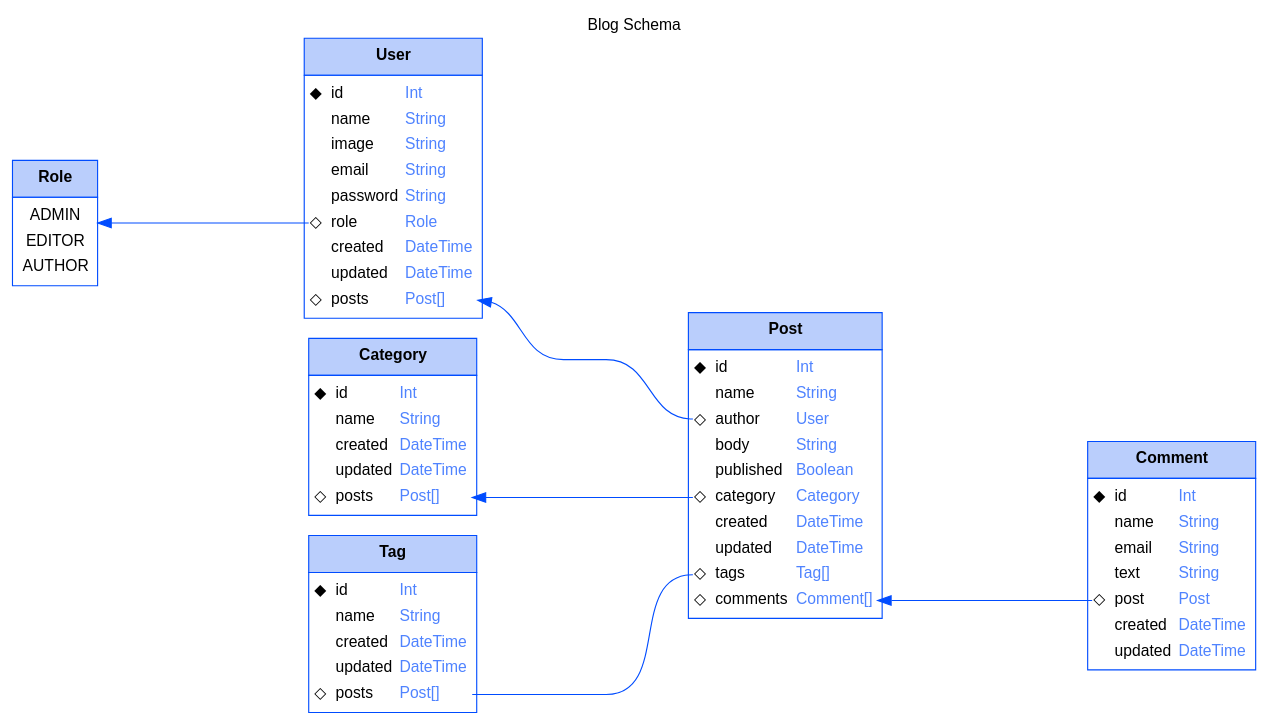
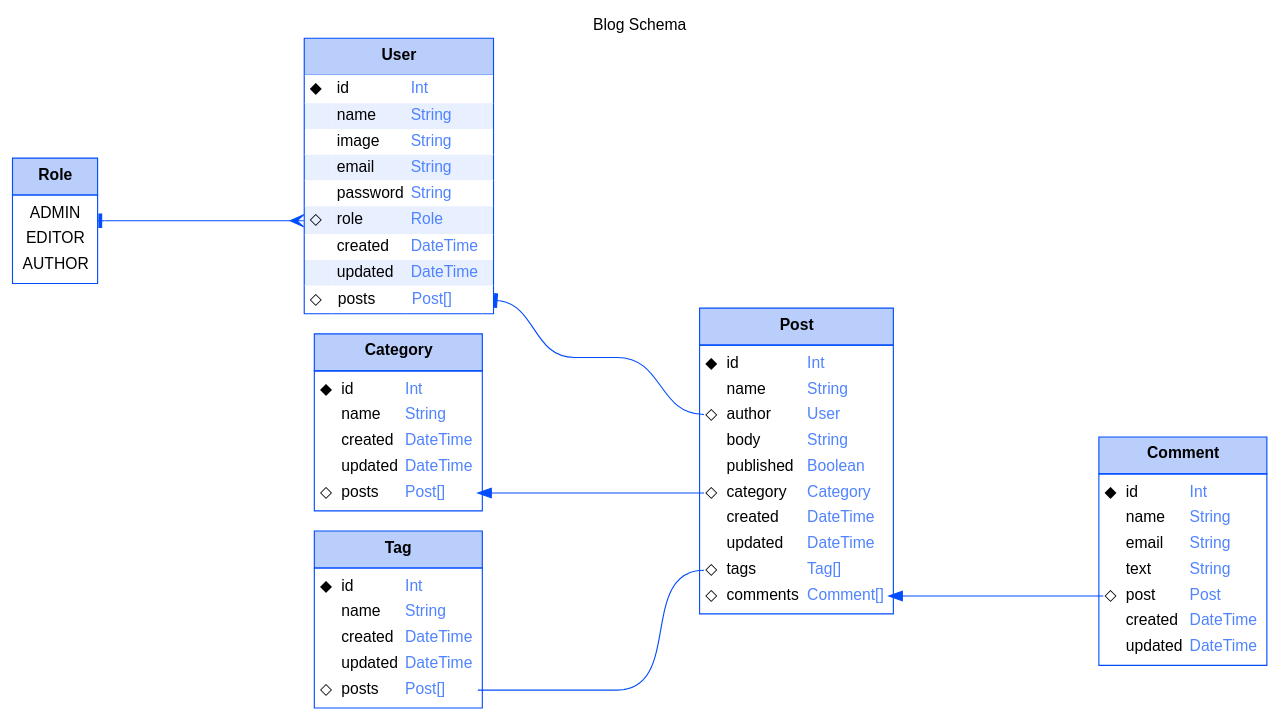
The diagram in dot/blog.dot (aravindanve/prisma-grapher), drawn with Graphviz before and after one commit. The commit also changed 6 other files, not shown here.

Commit message:
show tee and crow's feet for one to one and one to many relations, improve field readability

```diff
--- a/dot/blog.dot
+++ b/dot/blog.dot
@@ -1,151 +1,197 @@
 # dot reference for blog schema
 # https://dreampuf.github.io/GraphvizOnline
 
 digraph UML_Class_diagram {
 	graph [
 		label="Blog Schema"
 		labelloc="t"
 		fontname="sans-serif"
         rankdir="LR"
 	]
 	node [
 		fontname="Helvetica, Arial, sans-serif"
 		shape=record
 		style=filled
 		fillcolor=gray95
 	]
 	edge [fontname="sans-serif" color="#004cff" minlen=5 arrowsize=1.2]
 	
 	Role [
 	    shape=plain
 	    label=<<table border="0" cellborder="1" cellspacing="0" cellpadding="4" bgcolor="white" color="#004cff">
 			<tr> <td cellpadding="8" bgcolor="#bacefc"> <b>Role</b> </td> </tr>
 			<tr>
 			  <td>
 				<table border="0" cellborder="0" cellspacing="0" cellpadding="4" bgcolor="white">
 					<tr> <td>ADMIN</td> </tr>
 					<tr> <td>EDITOR</td> </tr>
 					<tr> <td port="default">AUTHOR</td> </tr>
 				</table>
 			  </td>
 			</tr>
 		</table>>
 	]
 	
-	edge [dir=both arrowtail=normal arrowhead=none]
-	Role -> User:role
+	edge [dir=both arrowtail=tee arrowhead=crow]
+	Role:e -> User:role:w
 
 	User [
 	    shape=plain
-	    label=<<table border="0" cellborder="1" cellspacing="0" cellpadding="4" bgcolor="white" color="#004cff">
-			<tr> <td cellpadding="8" bgcolor="#bacefc"> <b>User</b> </td> </tr>
-			<tr>
-			  <td>
-				<table border="0" cellborder="0" cellspacing="0" cellpadding="4" bgcolor="white">
-					<tr> <td cellpadding="0">◆</td> <td align="left">id</td> <td align="left"><font color="#4f83ff">Int</font></td> </tr>
-					<tr> <td cellpadding="0"></td> <td align="left">name</td> <td align="left"><font color="#4f83ff">String</font></td> </tr>
-					<tr> <td cellpadding="0"></td> <td align="left">image</td> <td align="left"><font color="#4f83ff">String</font></td> </tr>
-					<tr> <td cellpadding="0"></td> <td align="left">email</td> <td align="left"><font color="#4f83ff">String</font></td> </tr>
-					<tr> <td cellpadding="0"></td> <td align="left">password</td> <td align="left"><font color="#4f83ff">String</font></td> </tr>
-					<tr> <td cellpadding="0" port="role">◇</td> <td align="left">role</td> <td align="left"><font color="#4f83ff">Role</font></td> </tr>
-					<tr> <td cellpadding="0"></td> <td align="left">created</td> <td align="left"><font color="#4f83ff">DateTime</font></td> </tr>
-					<tr> <td cellpadding="0"></td> <td align="left">updated</td> <td align="left"><font color="#4f83ff">DateTime</font></td> </tr>
-					<tr> <td cellpadding="0">◇</td> <td align="left">posts</td> <td align="left" port="posts"><font color="#4f83ff">Post[]</font></td> </tr>
-
-				</table>
-			  </td>
-			</tr>
-		</table>>
+	    label=<<table bgcolor="white" color="#004cff" border="0" cellborder="0" cellspacing="0" cellpadding="0">
+				<tr>
+					<td bgcolor="#bacefc" color="#004cff" border="1" cellpadding="8"><b>User</b></td>
+				</tr>
+				<tr>
+					<td>
+						<table bgcolor="white" color="#004cff" border="0" cellborder="0" cellspacing="0" cellpadding="4">
+							<tr>
+								<td bgcolor="white" color="#004cff" border="1" sides="L">◆</td>
+								<td bgcolor="white" color="#004cff" align="left">id</td>
+								<td bgcolor="white" color="#004cff" align="left"><font color="#4f83ff">Int</font></td>
+								<td bgcolor="white" color="#004cff" border="1" sides="R"></td>
+							</tr>
+							<tr>
+								<td bgcolor="#e8efff" color="#004cff" border="1" sides="L"></td>
+								<td bgcolor="#e8efff" color="#004cff" align="left">name</td>
+								<td bgcolor="#e8efff" color="#004cff" align="left"><font color="#4f83ff">String</font></td>
+								<td bgcolor="#e8efff" color="#004cff" border="1" sides="R"></td>
+							</tr>
+							<tr>
+								<td bgcolor="white" color="#004cff" border="1" sides="L"></td>
+								<td bgcolor="white" color="#004cff" align="left">image</td>
+								<td bgcolor="white" color="#004cff" align="left"><font color="#4f83ff">String</font></td>
+								<td bgcolor="white" color="#004cff" border="1" sides="R"></td>
+							</tr>
+							<tr>
+								<td bgcolor="#e8efff" color="#004cff" border="1" sides="L"></td>
+								<td bgcolor="#e8efff" color="#004cff" align="left">email</td>
+								<td bgcolor="#e8efff" color="#004cff" align="left"><font color="#4f83ff">String</font></td>
+								<td bgcolor="#e8efff" color="#004cff" border="1" sides="R"></td>
+							</tr>
+							<tr>
+								<td bgcolor="white" color="#004cff" border="1" sides="L"></td>
+								<td bgcolor="white" color="#004cff" align="left">password</td>
+								<td bgcolor="white" color="#004cff" align="left"><font color="#4f83ff">String</font></td>
+								<td bgcolor="white" color="#004cff" border="1" sides="R"></td>
+							</tr>
+							<tr>
+								<td bgcolor="#e8efff" color="#004cff" border="1" sides="L" port="role">◇</td>
+								<td bgcolor="#e8efff" color="#004cff" align="left">role</td>
+								<td bgcolor="#e8efff" color="#004cff" align="left"><font color="#4f83ff">Role</font></td>
+								<td bgcolor="#e8efff" color="#004cff" align="left" border="1" sides="R"></td>
+							</tr>
+							<tr>
+								<td bgcolor="white" color="#004cff" border="1" sides="L"></td>
+								<td bgcolor="white" color="#004cff" align="left">created</td>
+								<td bgcolor="white" color="#004cff" align="left"><font color="#4f83ff">DateTime</font></td>
+								<td bgcolor="white" color="#004cff" align="left" border="1" sides="R"></td>
+							</tr>
+							<tr>
+								<td bgcolor="#e8efff" color="#004cff" border="1" sides="L"></td>
+								<td bgcolor="#e8efff" color="#004cff" align="left">updated</td>
+								<td bgcolor="#e8efff" color="#004cff" align="left"><font color="#4f83ff">DateTime</font></td>
+								<td bgcolor="#e8efff" color="#004cff" align="left" border="1" sides="R"></td>
+							</tr>
+							<tr>
+								<td bgcolor="white" color="#004cff" border="1" sides="LB">◇</td>
+								<td bgcolor="white" color="#004cff" align="left" border="1" sides="B">posts</td>
+								<td bgcolor="white" color="#004cff" align="left" border="1" sides="B"><font color="#4f83ff">Post[]</font></td>
+								<td bgcolor="white" color="#004cff" align="left" border="1" sides="RB" port="posts"></td>
+							</tr>
+						</table>
+					</td>
+				</tr>
+			</table>>
 	]
 	
-	edge [dir=both arrowtail=normal arrowhead=none]
-	User:posts -> Post:author
+	edge [dir=both arrowtail=tee arrowhead=none]
+	User:posts:e -> Post:author:w
 	
 	Category [
 	    shape=plain
 	    label=<<table border="0" cellborder="1" cellspacing="0" cellpadding="4" bgcolor="white" color="#004cff">
 			<tr> <td cellpadding="8" bgcolor="#bacefc"> <b>Category</b> </td> </tr>
 			<tr>
 			  <td>
 				<table border="0" cellborder="0" cellspacing="0" cellpadding="4" bgcolor="white">
 					<tr> <td cellpadding="0">◆</td> <td align="left">id</td> <td align="left"><font color="#4f83ff">Int</font></td> </tr>
 					<tr> <td cellpadding="0"></td> <td align="left">name</td> <td align="left"><font color="#4f83ff">String</font></td> </tr>
 					<tr> <td cellpadding="0"></td> <td align="left">created</td> <td align="left"><font color="#4f83ff">DateTime</font></td> </tr>
 					<tr> <td cellpadding="0"></td> <td align="left">updated</td> <td align="left"><font color="#4f83ff">DateTime</font></td> </tr>
                     <tr> <td cellpadding="0">◇</td> <td align="left">posts</td> <td align="left" port="posts"><font color="#4f83ff">Post[]</font></td> </tr>
 				</table>
 			  </td>
 			</tr>
 		</table>>
 	]
 	
 	edge [dir=both arrowtail=normal arrowhead=none]
 	Category:posts -> Post:category
 	
 	Tag [
 	    shape=plain
 	    label=<<table border="0" cellborder="1" cellspacing="0" cellpadding="4" bgcolor="white" color="#004cff">
 			<tr> <td cellpadding="8" bgcolor="#bacefc"> <b>Tag</b> </td> </tr>
 			<tr>
 			  <td>
 				<table border="0" cellborder="0" cellspacing="0" cellpadding="4" bgcolor="white">
 					<tr> <td cellpadding="0">◆</td> <td align="left">id</td> <td align="left"><font color="#4f83ff">Int</font></td> </tr>
 					<tr> <td cellpadding="0"></td> <td align="left">name</td> <td align="left"><font color="#4f83ff">String</font></td> </tr>
 					<tr> <td cellpadding="0"></td> <td align="left">created</td> <td align="left"><font color="#4f83ff">DateTime</font></td> </tr>
 					<tr> <td cellpadding="0"></td> <td align="left">updated</td> <td align="left"><font color="#4f83ff">DateTime</font></td> </tr>
                     <tr> <td cellpadding="0">◇</td> <td align="left">posts</td> <td align="left" port="posts"><font color="#4f83ff">Post[]</font></td> </tr>
 				</table>
 			  </td>
 			</tr>
 		</table>>
 	]
 
 	edge [dir=both arrowtail=none arrowhead=none]
 	Tag:posts -> Post:tags
 	
 	Post [
 	    shape=plain
 	    label=<<table border="0" cellborder="1" cellspacing="0" cellpadding="4" bgcolor="white" color="#004cff">
 			<tr> <td cellpadding="8" bgcolor="#bacefc"> <b>Post</b> </td> </tr>
 			<tr>
 			  <td>
 				<table border="0" cellborder="0" cellspacing="0" cellpadding="4" bgcolor="white">
 					<tr> <td cellpadding="0">◆</td> <td align="left">id</td> <td align="left"><font color="#4f83ff">Int</font></td> </tr>
 					<tr> <td cellpadding="0"></td> <td align="left">name</td> <td align="left"><font color="#4f83ff">String</font></td> </tr>
                     <tr> <td cellpadding="0" port="author">◇</td> <td align="left">author</td> <td align="left"><font color="#4f83ff">User</font></td> </tr>
 					<tr> <td cellpadding="0"></td> <td align="left">body</td> <td align="left"><font color="#4f83ff">String</font></td> </tr>
 					<tr> <td cellpadding="0"></td> <td align="left">published</td> <td align="left"><font color="#4f83ff">Boolean</font></td> </tr>
 					<tr> <td cellpadding="0" port="category">◇</td> <td align="left">category</td> <td align="left"><font color="#4f83ff">Category</font></td> </tr>
 					<tr> <td cellpadding="0"></td> <td align="left">created</td> <td align="left"><font color="#4f83ff">DateTime</font></td> </tr>
 					<tr> <td cellpadding="0"></td> <td align="left">updated</td> <td align="left"><font color="#4f83ff">DateTime</font></td> </tr>
                     <tr> <td cellpadding="0" port="tags">◇</td> <td align="left">tags</td> <td align="left"><font color="#4f83ff">Tag[]</font></td> </tr>
                     <tr> <td cellpadding="0">◇</td> <td align="left">comments</td> <td align="left" port="comments"><font color="#4f83ff">Comment[]</font></td> </tr>
 				</table>
 			  </td>
 			</tr>
 		</table>>
 	]
 	
 	edge [dir=both arrowtail=normal arrowhead=none]
 	Post:comments -> Comment:post
 	
 	Comment [
 	    shape=plain
 	    label=<<table border="0" cellborder="1" cellspacing="0" cellpadding="4" bgcolor="white" color="#004cff">
 			<tr> <td cellpadding="8" bgcolor="#bacefc"> <b>Comment</b> </td> </tr>
 			<tr>
 			  <td>
 				<table border="0" cellborder="0" cellspacing="0" cellpadding="4" bgcolor="white">
 					<tr> <td cellpadding="0">◆</td> <td align="left">id</td> <td align="left"><font color="#4f83ff">Int</font></td> </tr>
 					<tr> <td cellpadding="0"></td> <td align="left">name</td> <td align="left"><font color="#4f83ff">String</font></td> </tr>
 					<tr> <td cellpadding="0"></td> <td align="left">email</td> <td align="left"><font color="#4f83ff">String</font></td> </tr>
 					<tr> <td cellpadding="0"></td> <td align="left">text</td> <td align="left"><font color="#4f83ff">String</font></td> </tr>
 					<tr> <td cellpadding="0" port="post">◇</td> <td align="left">post</td> <td align="left"><font color="#4f83ff">Post</font></td> </tr>
 					<tr> <td cellpadding="0"></td> <td align="left">created</td> <td align="left"><font color="#4f83ff">DateTime</font></td> </tr>
 					<tr> <td cellpadding="0"></td> <td align="left">updated</td> <td align="left"><font color="#4f83ff">DateTime</font></td> </tr>
 				</table>
 			  </td>
 			</tr>
 		</table>>
 	]
 }
```
